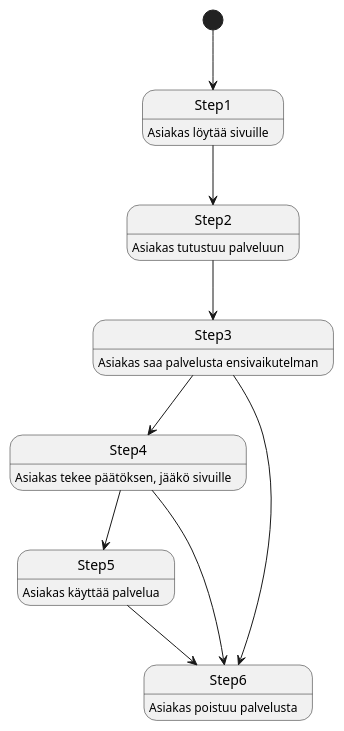
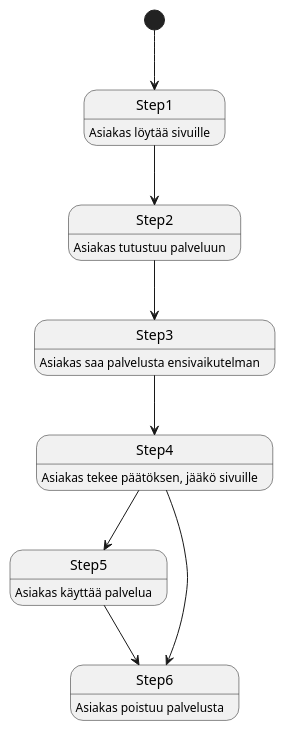
Before and after one commit to Pipe80/Projekti-ja-k-yt-neteet-kurssi: the second of 5 diagrams in dokumentit/20-Vaatimustenhallinta/vaatimusmaaritely-tiivis.md, drawn with PlantUML.

````diff
--- a/dokumentit/20-Vaatimustenhallinta/vaatimusmaaritely-tiivis.md
+++ b/dokumentit/20-Vaatimustenhallinta/vaatimusmaaritely-tiivis.md
@@ -73,17 +73,16 @@
 ```plantuml
 Step1: Asiakas löytää sivuille 
 Step2: Asiakas tutustuu palveluun
 Step3: Asiakas saa palvelusta ensivaikutelman
 Step4: Asiakas tekee päätöksen, jääkö sivuille
 Step5: Asiakas käyttää palvelua
 Step6: Asiakas poistuu palvelusta
 
 [*] --> Step1
 Step1 --> Step2
 Step2 --> Step3
-Step3 --> Step6
 Step3 --> Step4
 Step4 --> Step6
 Step4 --> Step5
 Step5 --> Step6
 ```
````
